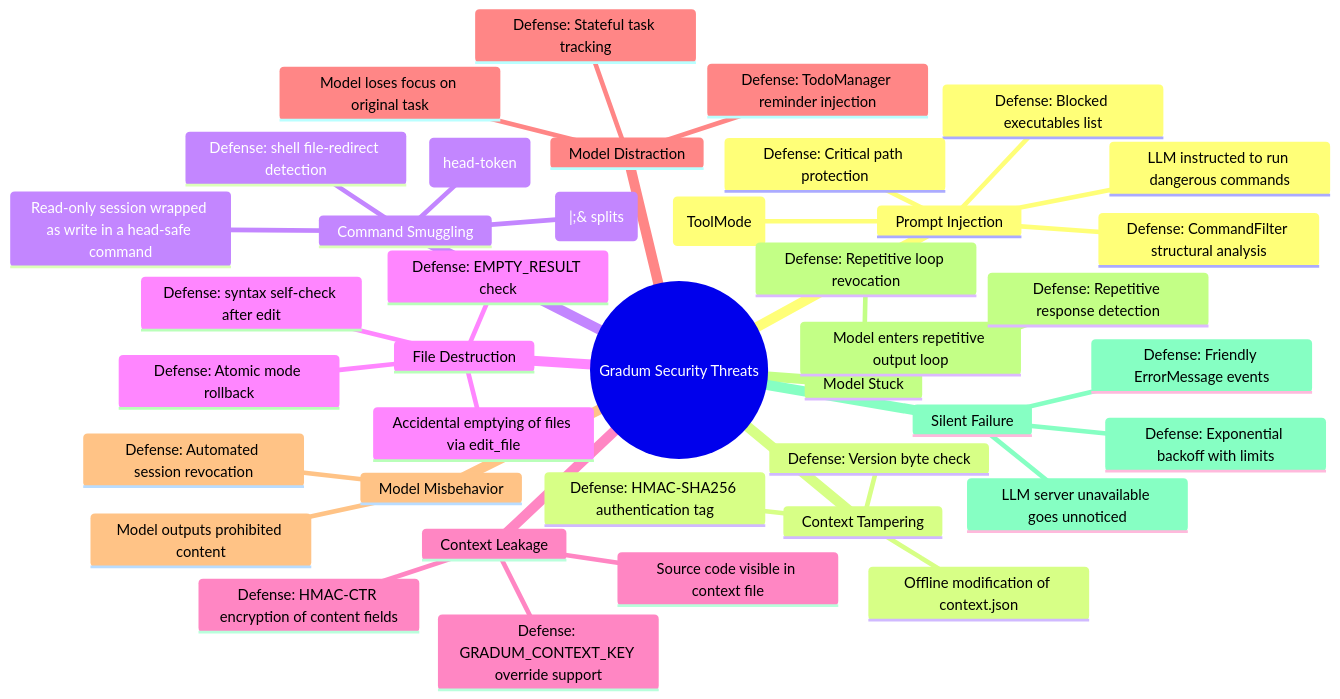
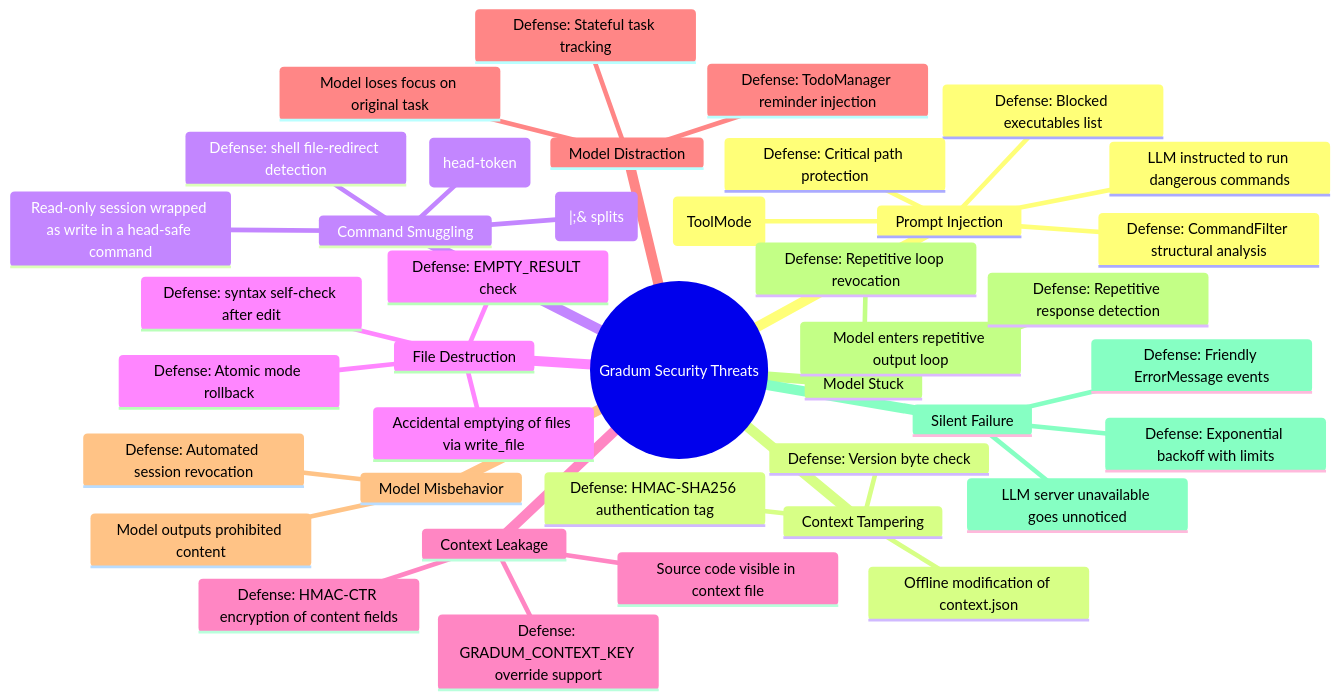
One commit to lg841226/Gradum changed diagram 24 of 29 in docs/ARCHITECTURE.md. Above: the diagram before and after it, drawn with Mermaid. The commit also changed other lines of this file and 41 other files, not shown here.

First line of the commit message:
feat: merge save_file and edit_file into a single write_file skill

````diff
--- a/docs/ARCHITECTURE.md
+++ b/docs/ARCHITECTURE.md
@@ -1569,43 +1561,43 @@
 ```mermaid
 mindmap
   root((Gradum Security Threats))
     Prompt Injection
       LLM instructed to run dangerous commands
       Defense: CommandFilter structural analysis
       Defense: Blocked executables list
       Defense: Critical path protection
       Defense: Read-only whitelist + redirect scan (ToolMode)
     Context Tampering
       Offline modification of context.json
       Defense: HMAC-SHA256 authentication tag
       Defense: Version byte check
     Command Smuggling
       Read-only session wrapped as write in a head-safe command
       Defense: READ_ONLY whitelisted-executable set (head-token)
       Defense: pipeline subcommand checks (|;& splits)
       Defense: shell file-redirect detection
     File Destruction
-      Accidental emptying of files via edit_file
+      Accidental emptying of files via write_file
       Defense: EMPTY_RESULT check
       Defense: Atomic mode rollback
       Defense: syntax self-check after edit
     Context Leakage
       Source code visible in context file
       Defense: HMAC-CTR encryption of content fields
       Defense: GRADUM_CONTEXT_KEY override support
     Model Distraction
       Model loses focus on original task
       Defense: TodoManager reminder injection
       Defense: Stateful task tracking
     Model Misbehavior
       Model outputs prohibited content
       Defense: Automated session revocation
     Model Stuck
       Model enters repetitive output loop
       Defense: Repetitive response detection
       Defense: Repetitive loop revocation
     Silent Failure
       LLM server unavailable goes unnoticed
       Defense: Exponential backoff with limits
       Defense: Friendly ErrorMessage events
 ```
````
